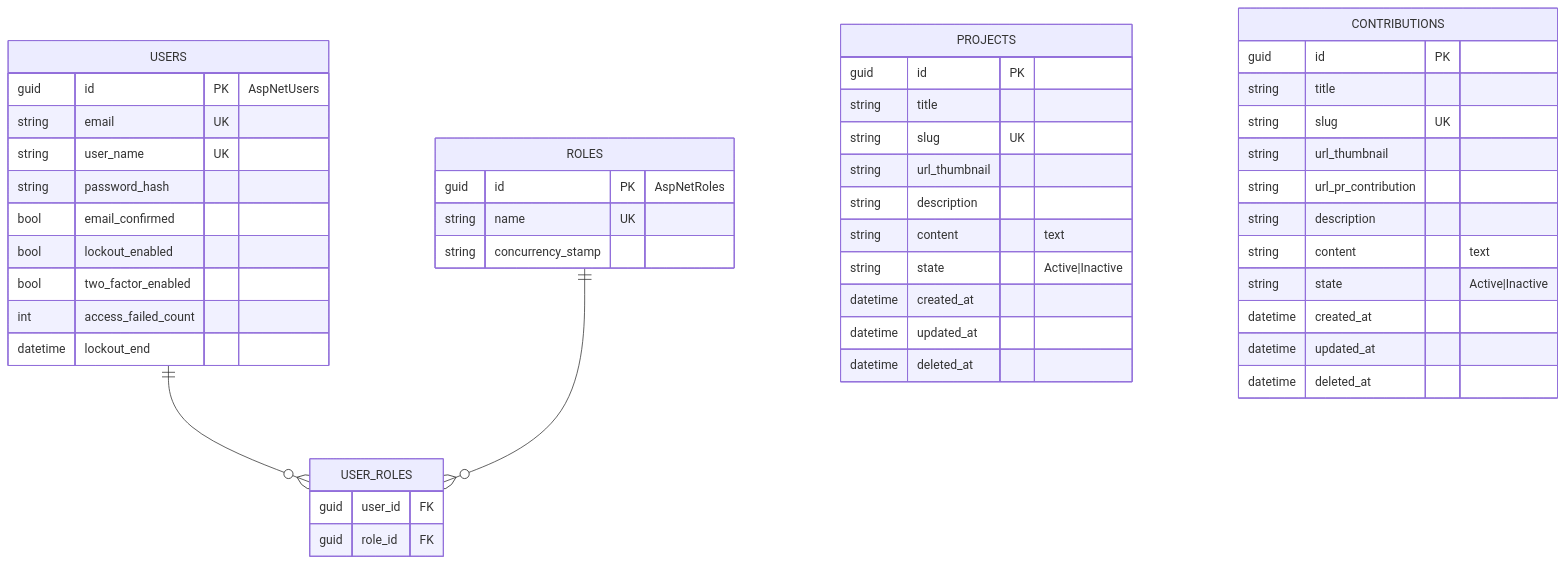
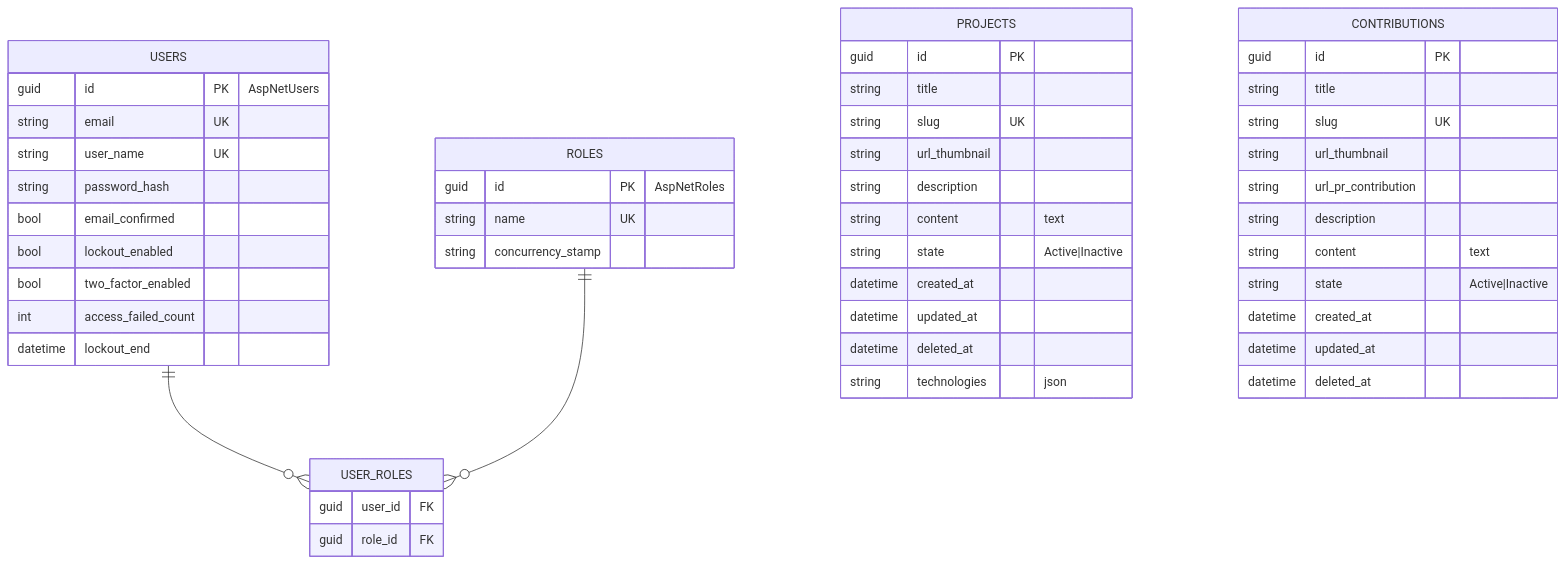
The diagram in docs/diagrams/DER - Portfolio.md (adrianbeep/ajn-portfolio-backend), drawn with Mermaid before and after one commit. The commit also changed 4 other files, not shown here.

````diff
--- a/docs/diagrams/DER - Portfolio.md
+++ b/docs/diagrams/DER - Portfolio.md
@@ -1,58 +1,59 @@
 ```mermaid
 erDiagram
 	USERS {
 		guid id PK "AspNetUsers"
 		string email UK
 		string user_name UK
 		string password_hash
 		bool email_confirmed
 		bool lockout_enabled
 		bool two_factor_enabled
 		int access_failed_count
 		datetime lockout_end
 	}
 
 	ROLES {
 		guid id PK "AspNetRoles"
 		string name UK
 		string concurrency_stamp
 	}
 
 	USER_ROLES {
 		guid user_id FK
 		guid role_id FK
 	}
 
 	PROJECTS {
 		guid id PK
 		string title
 		string slug UK
 		string url_thumbnail
 		string description
 		string content "text"
 		string state "Active|Inactive"
 		datetime created_at
 		datetime updated_at
 		datetime deleted_at
+		string technologies "json"
 	}
 
 	CONTRIBUTIONS {
 		guid id PK
 		string title
 		string slug UK
 		string url_thumbnail
 		string url_pr_contribution
 		string description
 		string content "text"
 		string state "Active|Inactive"
 		datetime created_at
 		datetime updated_at
 		datetime deleted_at
 	}
 
 	USERS ||--o{ USER_ROLES : ""
 	ROLES ||--o{ USER_ROLES : ""
 
 	%% D1: No FK from Project/Contribution to User.
 	%% Projects and Contributions are managed by admins but don't track the admin.
 ```
````
